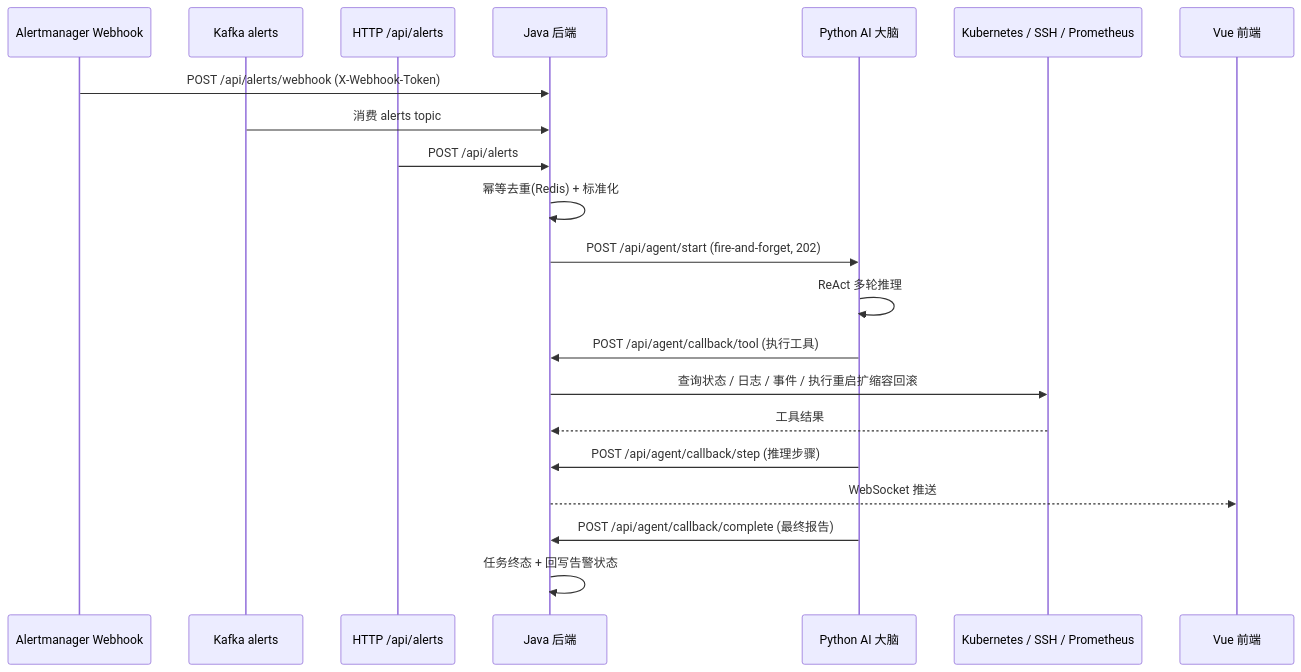
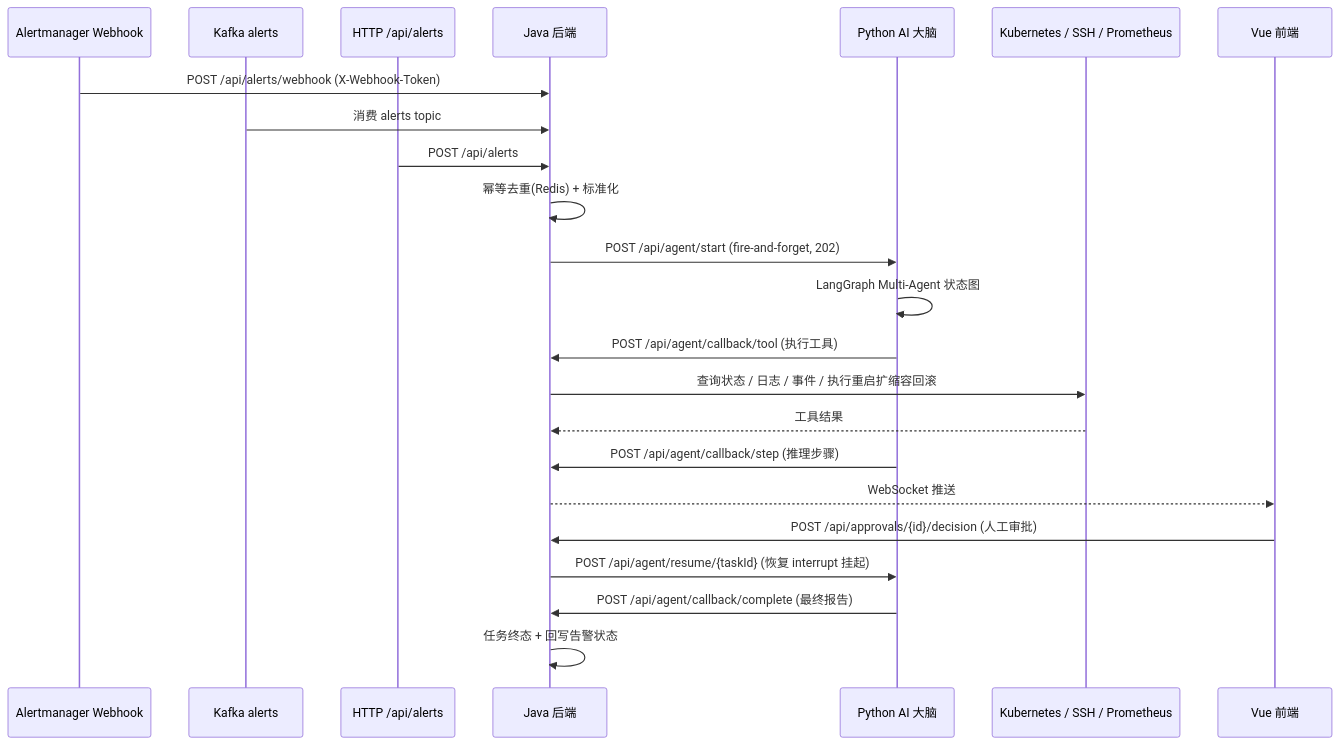
One commit to scwjsdgs/AiOps changed the first of 2 diagrams in docs/architecture.md. Above: the diagram before and after it, drawn with Mermaid. The commit also changed other lines of this file and 47 other files, not shown here.

Commit message:
docs: 完善全链路验收指南、架构文档，并补充核心业务截图

````diff
--- a/docs/architecture.md
+++ b/docs/architecture.md
@@ -17,24 +17,26 @@
 ```mermaid
 sequenceDiagram
     participant AM as Alertmanager Webhook
     participant K as Kafka alerts
     participant H as HTTP /api/alerts
     participant J as Java 后端
     participant AI as Python AI 大脑
     participant K8s as Kubernetes / SSH / Prometheus
     participant Front as Vue 前端
 
     AM->>J: POST /api/alerts/webhook (X-Webhook-Token)
     K->>J: 消费 alerts topic
     H->>J: POST /api/alerts
     J->>J: 幂等去重(Redis) + 标准化
     J->>AI: POST /api/agent/start (fire-and-forget, 202)
-    AI->>AI: ReAct 多轮推理
+    AI->>AI: LangGraph Multi-Agent 状态图
     AI->>J: POST /api/agent/callback/tool (执行工具)
     J->>K8s: 查询状态 / 日志 / 事件 / 执行重启扩缩容回滚
     K8s-->>J: 工具结果
     AI->>J: POST /api/agent/callback/step (推理步骤)
     J-->>Front: WebSocket 推送
+    Front->>J: POST /api/approvals/{id}/decision (人工审批)
+    J->>AI: POST /api/agent/resume/{taskId} (恢复 interrupt 挂起)
     AI->>J: POST /api/agent/callback/complete (最终报告)
     J->>J: 任务终态 + 回写告警状态
 ```
````
